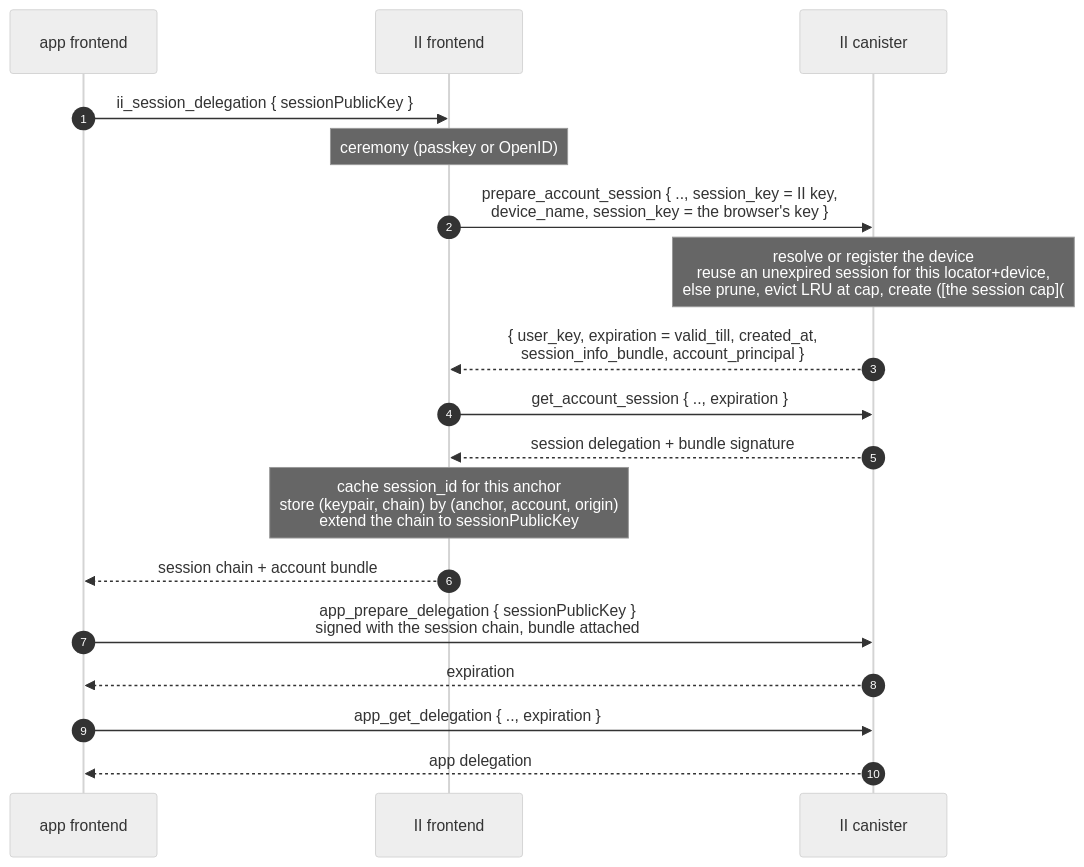
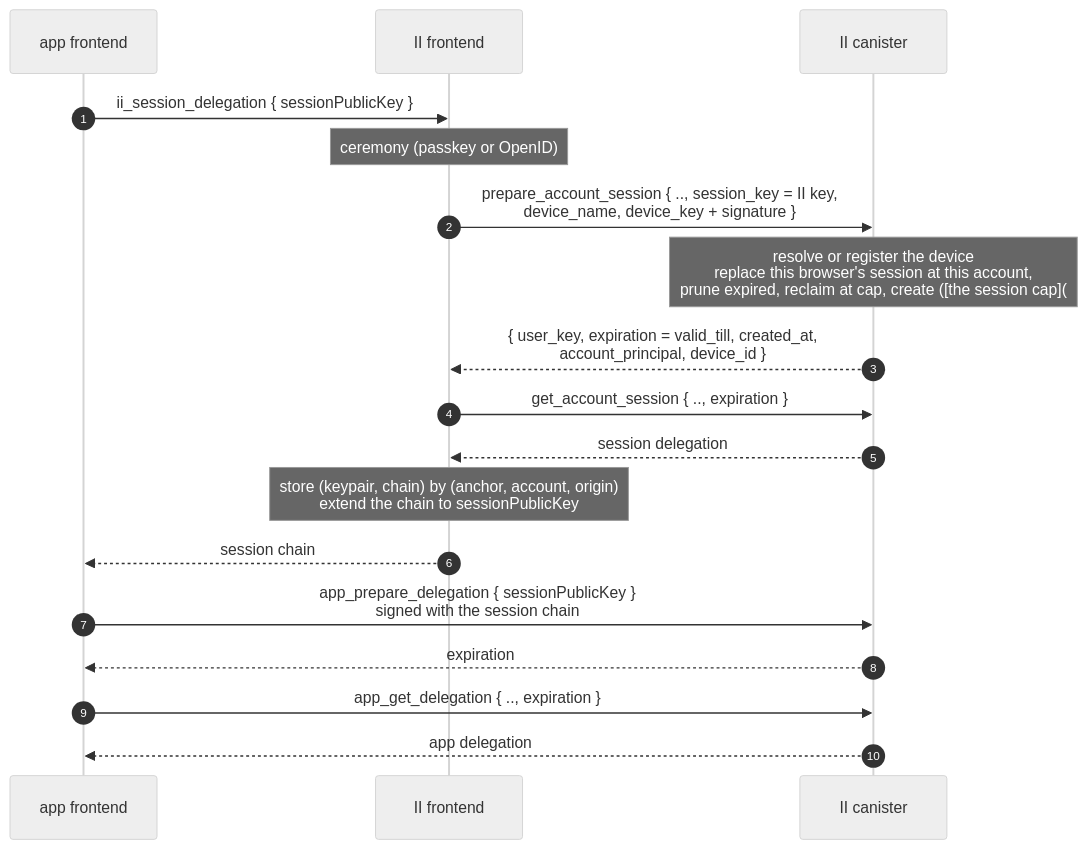
Before and after one commit to dfinity/internet-identity: the third of 7 diagrams in docs/ongoing/revocable-app-sessions-spec.md, drawn with Mermaid (neutral theme). The commit also changed other lines of this file and 1 other file, not shown here.

First line of the commit message:
docs: give the browser a key of its own

````diff
--- a/docs/ongoing/revocable-app-sessions-spec.md
+++ b/docs/ongoing/revocable-app-sessions-spec.md
@@ -315,20 +486,20 @@
 ```mermaid
 sequenceDiagram
     autonumber
     participant App as app frontend
     participant IIF as II frontend
     participant IIC as II canister
     App->>IIF: ii_session_delegation { sessionPublicKey }
     Note over IIF: ceremony (passkey or OpenID)
-    IIF->>IIC: prepare_account_session { .., session_key = II key,<br/>device_name, session_key = the browser's key }
-    Note over IIC: resolve or register the device<br/>reuse an unexpired session for this locator+device,<br/>else prune, evict LRU at cap, create ([the session cap](#the-cap-evicts-it-never-blocks))
-    IIC-->>IIF: { user_key, expiration = valid_till, created_at,<br/>session_info_bundle, account_principal }
+    IIF->>IIC: prepare_account_session { .., session_key = II key,<br/>device_name, device_key + signature }
+    Note over IIC: resolve or register the device<br/>replace this browser's session at this account,<br/>prune expired, reclaim at cap, create ([the session cap](#the-session-cap))
+    IIC-->>IIF: { user_key, expiration = valid_till, created_at,<br/>account_principal, device_id }
     IIF->>IIC: get_account_session { .., expiration }
-    IIC-->>IIF: session delegation + bundle signature
-    Note over IIF: cache session_id for this anchor<br/>store (keypair, chain) by (anchor, account, origin)<br/>extend the chain to sessionPublicKey
-    IIF-->>App: session chain + account bundle
-    App->>IIC: app_prepare_delegation { sessionPublicKey }<br/>signed with the session chain, bundle attached
+    IIC-->>IIF: session delegation
+    Note over IIF: store (keypair, chain) by (anchor, account, origin)<br/>extend the chain to sessionPublicKey
+    IIF-->>App: session chain
+    App->>IIC: app_prepare_delegation { sessionPublicKey }<br/>signed with the session chain
     IIC-->>App: expiration
     App->>IIC: app_get_delegation { .., expiration }
     IIC-->>App: app delegation
 ```
````
